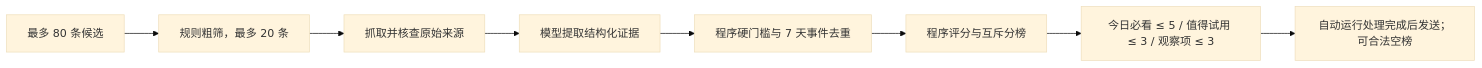
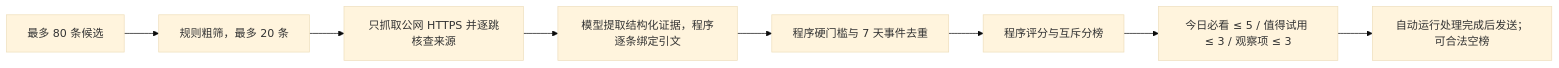
One commit to bgu436475-ops/Baic-AI-Message-Bot changed the diagram in README.md. Above: the diagram before and after it, drawn with Mermaid (base theme). The commit also changed other lines of this file and 23 other files, not shown here.

````diff
--- a/README.md
+++ b/README.md
@@ -9,10 +9,10 @@
 ```mermaid
 flowchart LR
     A[最多 80 条候选] --> B[规则粗筛，最多 20 条]
-    B --> C[抓取并核查原始来源]
-    C --> D[模型提取结构化证据]
+    B --> C[只抓取公网 HTTPS 并逐跳核查来源]
+    C --> D[模型提取结构化证据，程序逐条绑定引文]
     D --> E[程序硬门槛与 7 天事件去重]
     E --> F[程序评分与互斥分榜]
     F --> G[今日必看 ≤ 5 / 值得试用 ≤ 3 / 观察项 ≤ 3]
     G --> H[自动运行处理完成后发送；可合法空榜]
 ```
````
